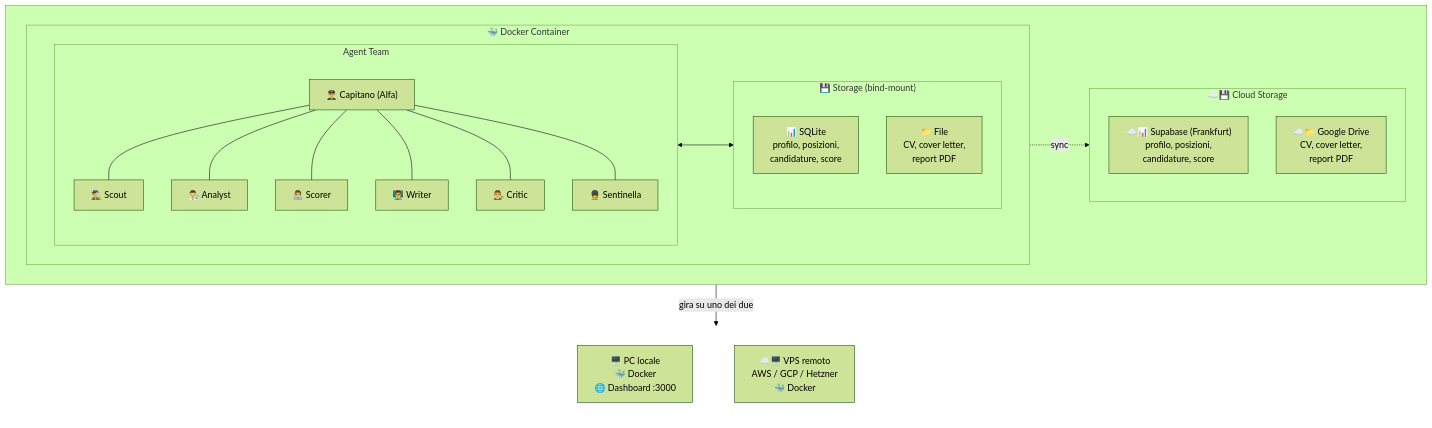
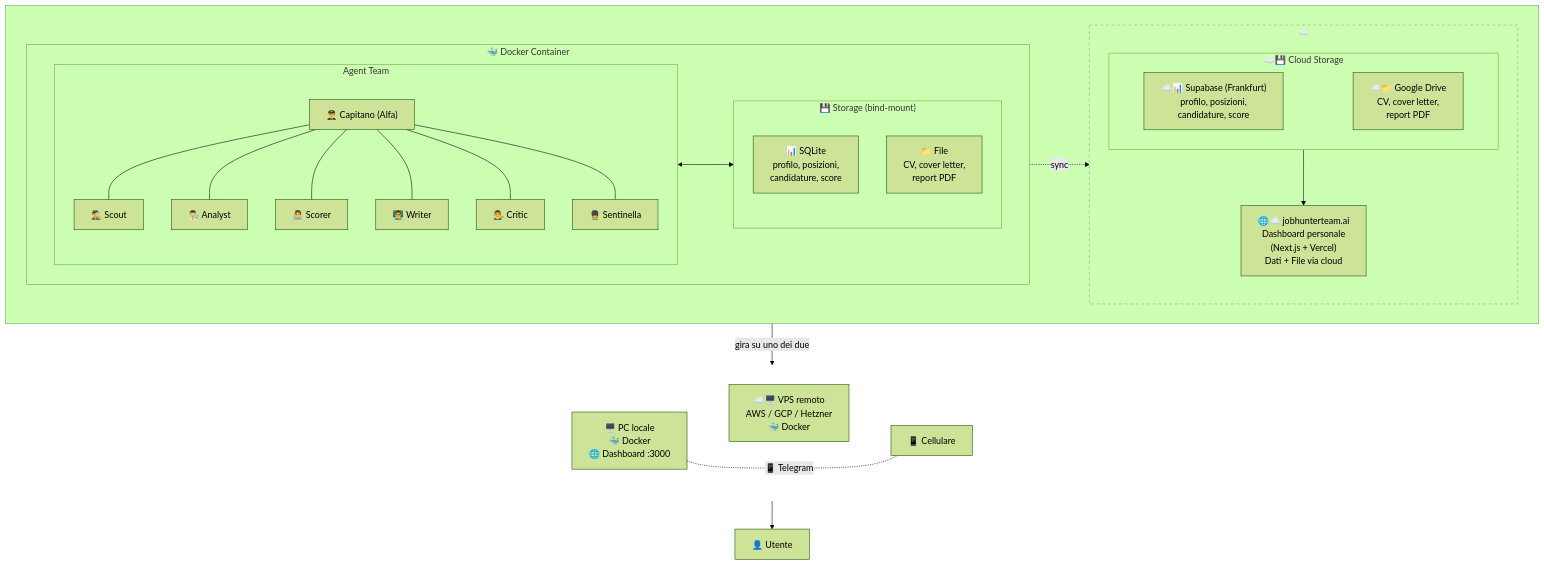
Before and after one commit to leopu00/job-hunter-team: the diagram in docs/infra.mmd, drawn with Mermaid (forest theme). The commit also changed 1 other file, not shown here.

Commit message:
docs(infra): mermaid diagram with Cloud Storage, Site, devices and user
Layout: Docker+Cloud horizontal (Row1), PC/VPS/Cell below (Row2),
Utente at bottom. Site below Cloud Storage via CloudCol wrapper trick.

```diff
--- a/docs/infra.mmd
+++ b/docs/infra.mmd
@@ -1,49 +1,61 @@
 graph TB
     subgraph Row1[" "]
         direction LR
 
         subgraph Docker["🐳 Docker Container"]
             direction LR
             subgraph Team["Agent Team"]
                 direction TB
                 Capitano["👨‍✈️ Capitano (Alfa)"]
                 Scout["🕵️‍♂️ Scout"]
                 Analyst["👨‍🔬 Analyst"]
                 Scorer["👨‍💻 Scorer"]
                 Writer["👨‍🏫 Writer"]
                 Critic["👨‍⚖️ Critic"]
                 Sentinella["💂 Sentinella"]
                 Capitano --- Scout
                 Capitano --- Analyst
                 Capitano --- Scorer
                 Capitano --- Writer
                 Capitano --- Critic
                 Capitano --- Sentinella
             end
             subgraph Storage["💾 Storage (bind-mount)"]
                 direction TB
                 SQLite["📊 SQLite<br/>profilo, posizioni,<br/>candidature, score"]
                 File["📁 File<br/>CV, cover letter,<br/>report PDF"]
             end
             Team <--> Storage
         end
 
-        subgraph Cloud["☁️💾 Cloud Storage"]
+        subgraph CloudCol["☁️"]
             direction TB
-            Supabase["☁️📊 Supabase (Frankfurt)<br/>profilo, posizioni,<br/>candidature, score"]
-            GDrive["☁️📁 Google Drive<br/>CV, cover letter,<br/>report PDF"]
+            subgraph Cloud["☁️💾 Cloud Storage"]
+                direction LR
+                Supabase["☁️📊 Supabase (Frankfurt)<br/>profilo, posizioni,<br/>candidature, score"]
+                GDrive["☁️📁 Google Drive<br/>CV, cover letter,<br/>report PDF"]
+                Supabase ~~~ GDrive
+            end
+            Site["🌐☁️ jobhunterteam.ai<br/>Dashboard personale<br/>(Next.js + Vercel)<br/>Dati + File via cloud"]
+            Cloud --> Site
         end
 
-        Storage -. sync .-> Cloud
+        Storage -. sync .-> CloudCol
     end
 
     subgraph Row2[" "]
         direction LR
         PC["🖥️ PC locale<br/>🐳 Docker<br/>🌐 Dashboard :3000"]
         VPS["☁️🖥️ VPS remoto<br/>AWS / GCP / Hetzner<br/>🐳 Docker"]
-        PC ~~~ VPS
+        Cell["📱 Cellulare"]
+        PC ~~~ VPS ~~~ Cell
+        PC -. "📱 Telegram" .- Cell
     end
 
+    Utente["👤 Utente"]
+
     Row1 -- "gira su uno dei due" --> Row2
+    Row2 --> Utente
 
     style Row2 fill:none,stroke:none,color:transparent
+    style CloudCol fill:none,stroke:#999,stroke-dasharray: 5 5
```
